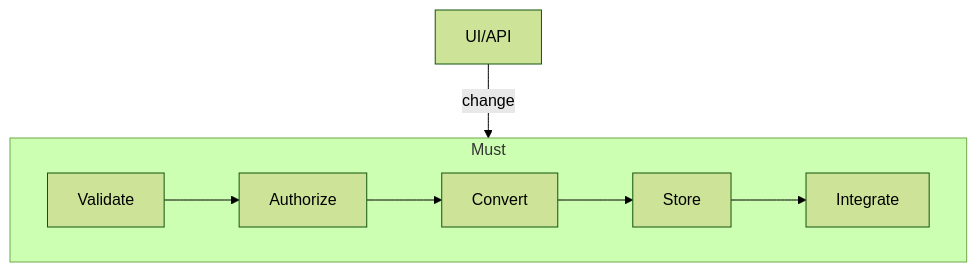
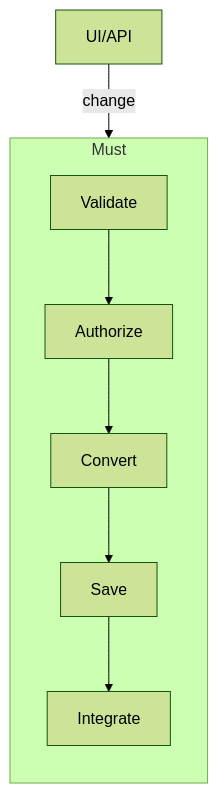
One commit to type1fool/must changed the diagram in README.md. Above: the diagram before and after it, drawn with Mermaid (forest theme). The commit also changed other lines of this file, not shown here.

Commit message:
Update architecture terms

````diff
--- a/README.md
+++ b/README.md
@@ -152,19 +152,19 @@
 ```mermaid
 flowchart TD
   UI@{shape: rect, label: "UI/API"}
   VALIDATE@{shape: rect, label: "Validate"}
   AUTHORIZE@{shape: rect, label: "Authorize"}
   CONVERT@{shape: rect, label: "Convert"}
-  SAVE@{shape: rect, label: "Store"}
+  SAVE@{shape: rect, label: "Save"}
   HANDLE@{shape: rect, label: "Integrate"}
 
   UI -- change --> Must
 
   subgraph Must
-    direction LR
+    direction TD
     VALIDATE --> AUTHORIZE
     AUTHORIZE --> CONVERT
     CONVERT --> SAVE
     SAVE --> HANDLE
   end
 ```
````
